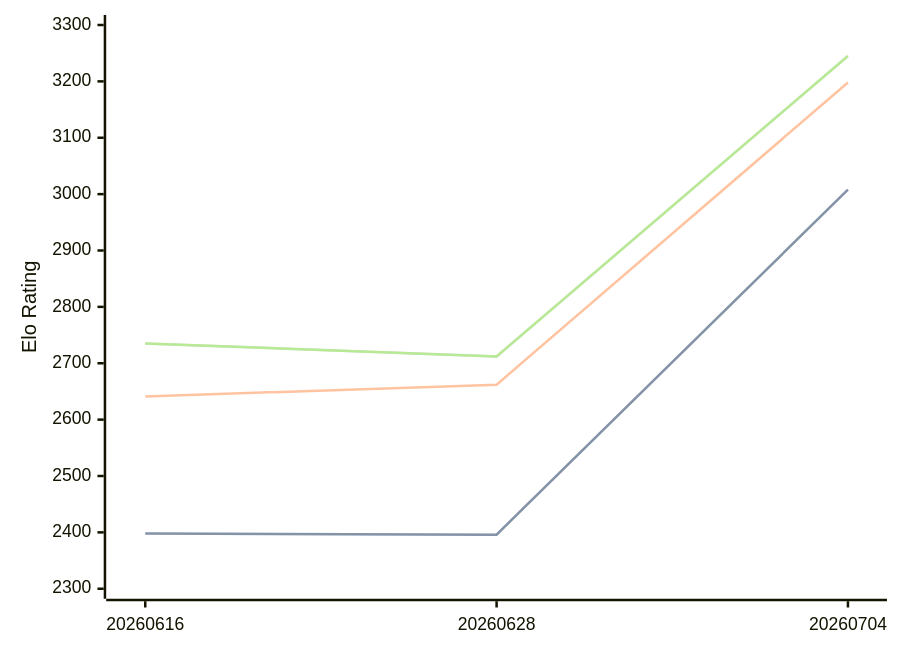
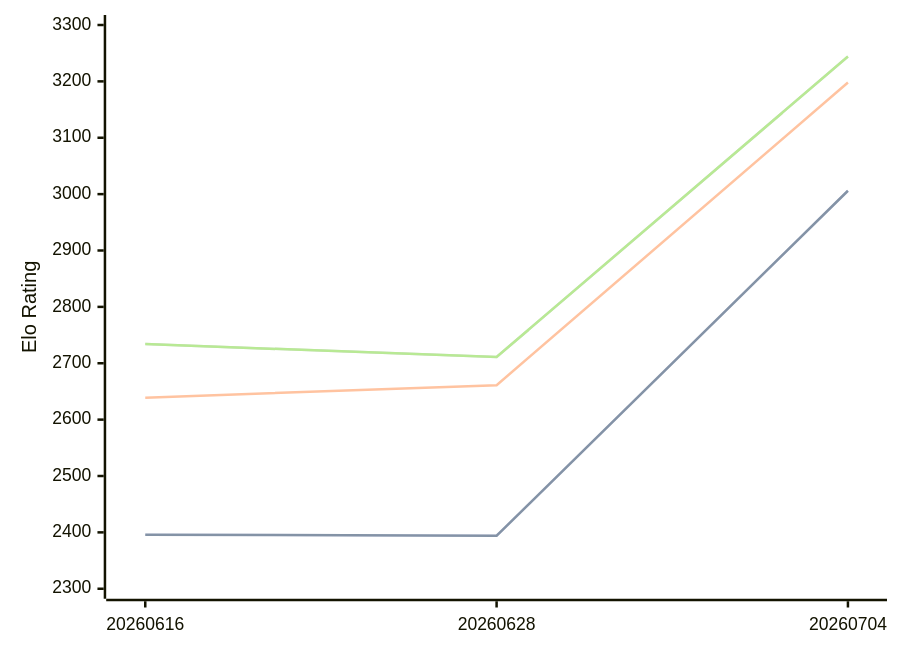
One commit to computer-chess-index/cci changed the diagram in engines/Askaig.md. Above: the diagram before and after it, drawn with Mermaid. The commit also changed other lines of this file, not shown here.

Commit message:
Update CCI Ratings (ELO VLTC) - 2026-08-11

````diff
--- a/engines/Askaig.md
+++ b/engines/Askaig.md
@@ -35,11 +35,11 @@
 ```mermaid
 %%{init: {"theme":"base","themeVariables":{"seriesColors:['#a3a3a3','#222221','#faa371']}}}%%
 xychart-beta
   x-axis ["20260616", "20260628", "20260704"]
   y-axis "Elo Rating" 2300 --> 3300
-  line "STC (8.0+0.08s)" [2398, 2396, 3008]
-  line "STC (8.0+0.08s)" [2398, 2396, 3008]
-  line "LTC (60.0+0.60s)" [2641, 2662, 3198]
-  line "VLTC (2m24s+1.12s)" [2735, 2712, 3245]
-  line "VLTC (2m24s+1.12s)" [2735, 2712, 3245]
+  line "STC (8.0+0.08s)" [2396, 2394, 3006]
+  line "STC (8.0+0.08s)" [2396, 2394, 3006]
+  line "LTC (60.0+0.60s)" [2639, 2661, 3198]
+  line "VLTC (2m24s+1.12s)" [2734, 2711, 3244]
+  line "VLTC (2m24s+1.12s)" [2734, 2711, 3244]
 ```
````
